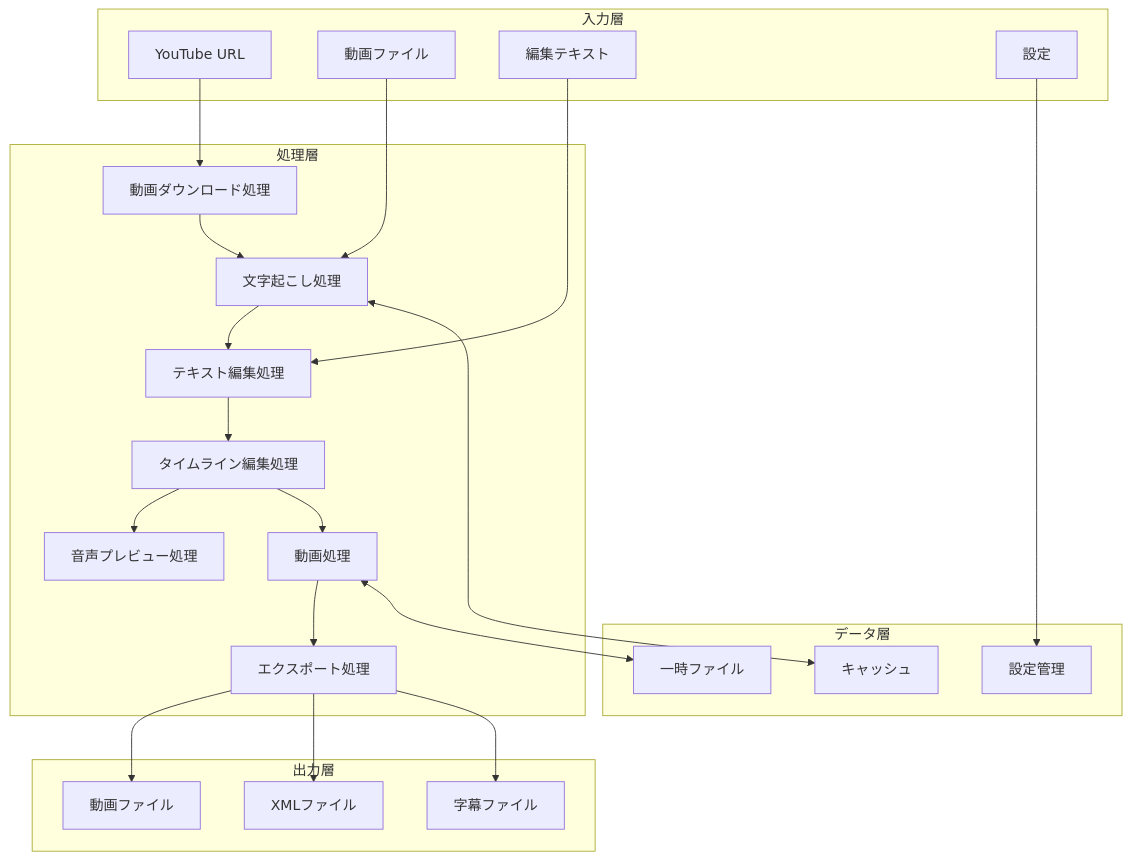
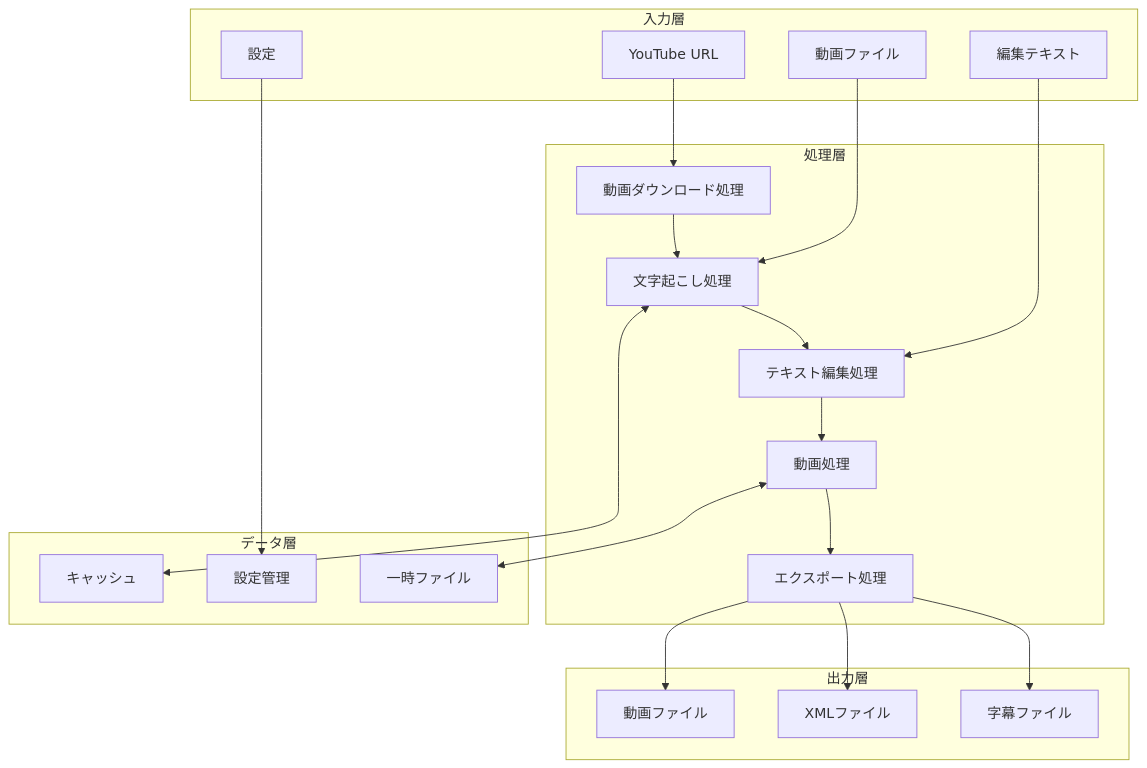
Before and after one commit to Coidemo/TextffCut: the first of 27 diagrams in docs/basic_design_specification_v2.md, drawn with Mermaid. The commit also changed other lines of this file and 1 other file, not shown here.

````diff
--- a/docs/basic_design_specification_v2.md
+++ b/docs/basic_design_specification_v2.md
@@ -45,46 +44,42 @@
 ```mermaid
 graph TB
     subgraph "入力層"
         URL[YouTube URL]
         Video[動画ファイル]
         Text[編集テキスト]
         Settings[設定]
     end
     
     subgraph "処理層"
         Download[動画ダウンロード処理]
         Trans[文字起こし処理]
         Edit[テキスト編集処理]
-        Timeline[タイムライン編集処理]
-        Preview[音声プレビュー処理]
         VideoProc[動画処理]
         Export[エクスポート処理]
     end
     
     subgraph "データ層"
         Cache[キャッシュ]
         Config[設定管理]
         Temp[一時ファイル]
     end
     
     subgraph "出力層"
         OutVideo[動画ファイル]
         OutXML[XMLファイル]
         OutSRT[字幕ファイル]
     end
     
     URL --> Download
     Download --> Trans
     Video --> Trans
     Trans --> Edit
     Text --> Edit
-    Edit --> Timeline
-    Timeline --> Preview
-    Timeline --> VideoProc
+    Edit --> VideoProc
     VideoProc --> Export
     Export --> OutVideo & OutXML & OutSRT
     
     Trans <--> Cache
     Settings --> Config
     VideoProc <--> Temp
 ```
````
